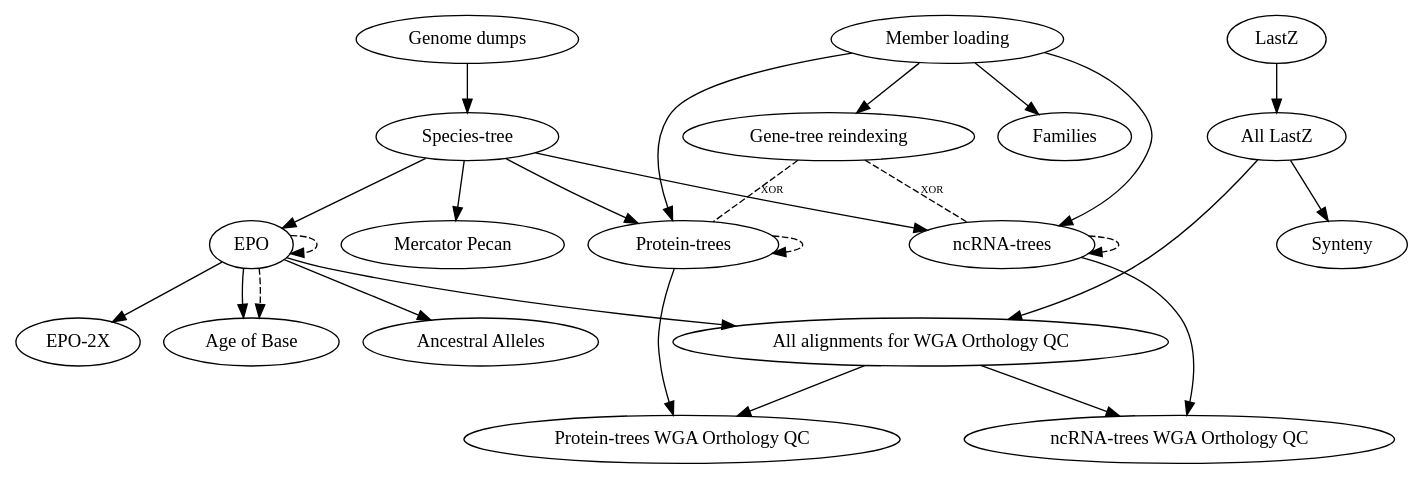
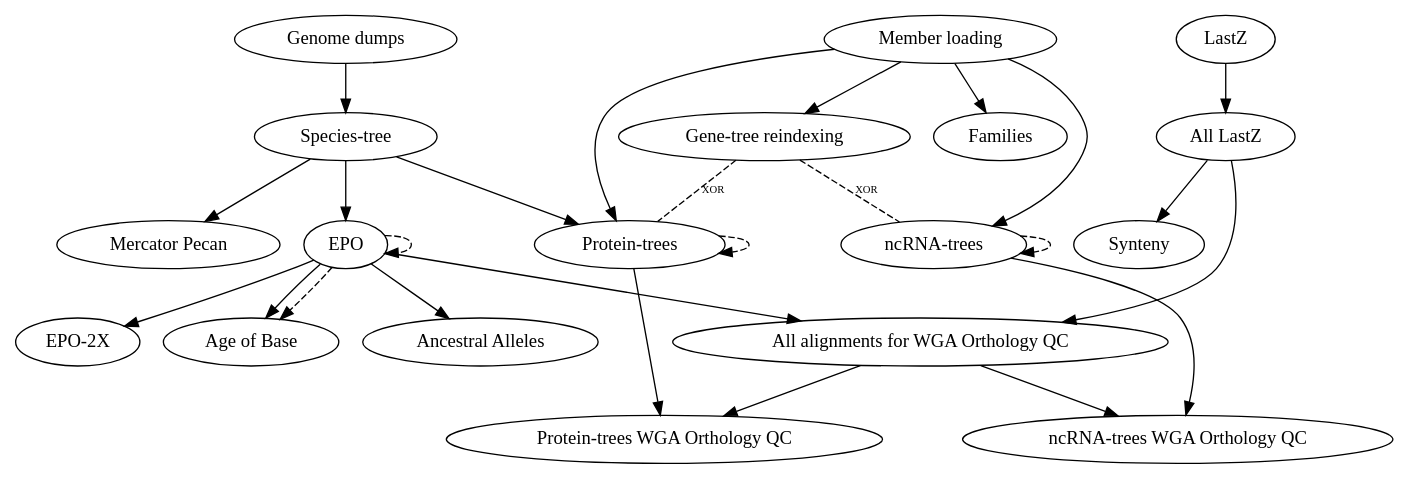
Before and after one commit to Ensembl/ensembl-compara: the diagram in scripts/jira_tickets/compara_merged.dot, drawn with Graphviz.

Commit message:
The species-tree would only be needed for CAFE but we only run CAFE on Vertebrates, and for only 6 species for which we already have a tree

```diff
--- a/scripts/jira_tickets/compara_merged.dot
+++ b/scripts/jira_tickets/compara_merged.dot
@@ -1,22 +1,22 @@
 digraph {
     "Genome dumps" -> "Species-tree";
-    "Species-tree" -> { "EPO", "Mercator Pecan", "Protein-trees", "ncRNA-trees" };
+    "Species-tree" -> { "EPO", "Mercator Pecan", "Protein-trees" };
     "EPO" -> "EPO-2X";
     "EPO" -> "Age of Base";
     "EPO" -> "Ancestral Alleles";
     "Member loading" -> { "Protein-trees", "ncRNA-trees", "Families", "Gene-tree reindexing" };
     "Protein-trees" -> "Protein-trees WGA Orthology QC";
     "ncRNA-trees" -> "ncRNA-trees WGA Orthology QC";
     {"All LastZ", "EPO"} -> "All alignments for WGA Orthology QC" -> {"Protein-trees WGA Orthology QC", "ncRNA-trees WGA Orthology QC"};
     "LastZ" -> "All LastZ" -> "Synteny";
 
     "Gene-tree reindexing" -> "ncRNA-trees" [style="dashed", dir=none, fontsize="8", label="XOR", headport="murinae:w", tailport="murinae:s"];
     "Gene-tree reindexing" -> "Protein-trees" [style="dashed", dir=none, fontsize="8", label="XOR", headport="murinae:e", tailport="murinae:s"];
     "EPO" -> "EPO" [style="dashed", headport="Primates:e", tailport="Mammals:e"];
     "EPO" -> "Age of Base" [style="dashed", headport="Vertebrates:w", tailport="Mammals:w"];
     "Protein-trees" -> "Protein-trees" [style="dashed", headport="Murinae:w", tailport="Default vertebrates:w"];
     "ncRNA-trees" -> "ncRNA-trees" [style="dashed", headport="Murinae:e", tailport="Default vertebrates:e"];
 
     // Helps laying out the graph
     {rank = same; "Genome dumps"; "LastZ"; "Member loading"; }
 }
```
